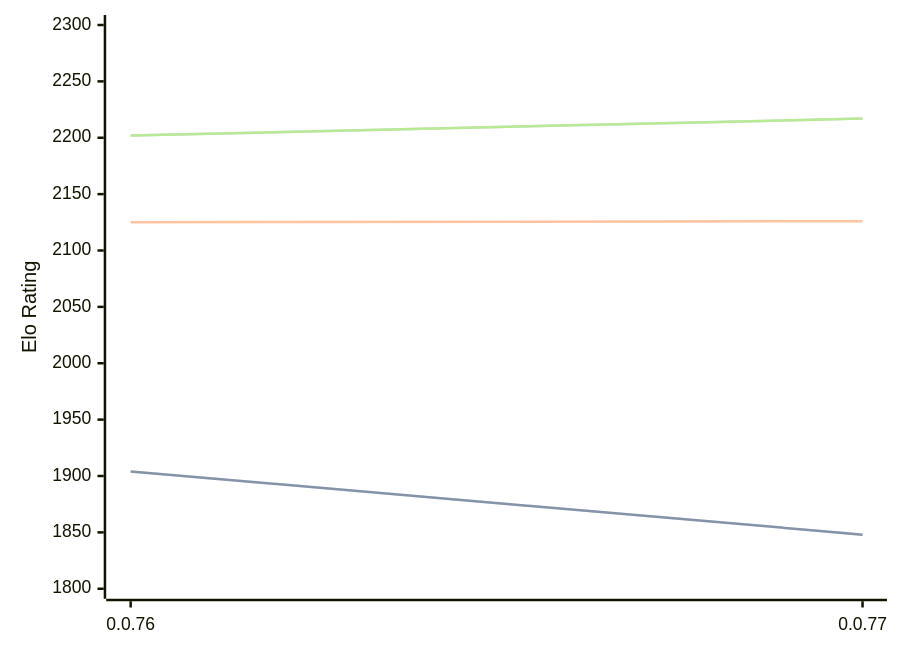
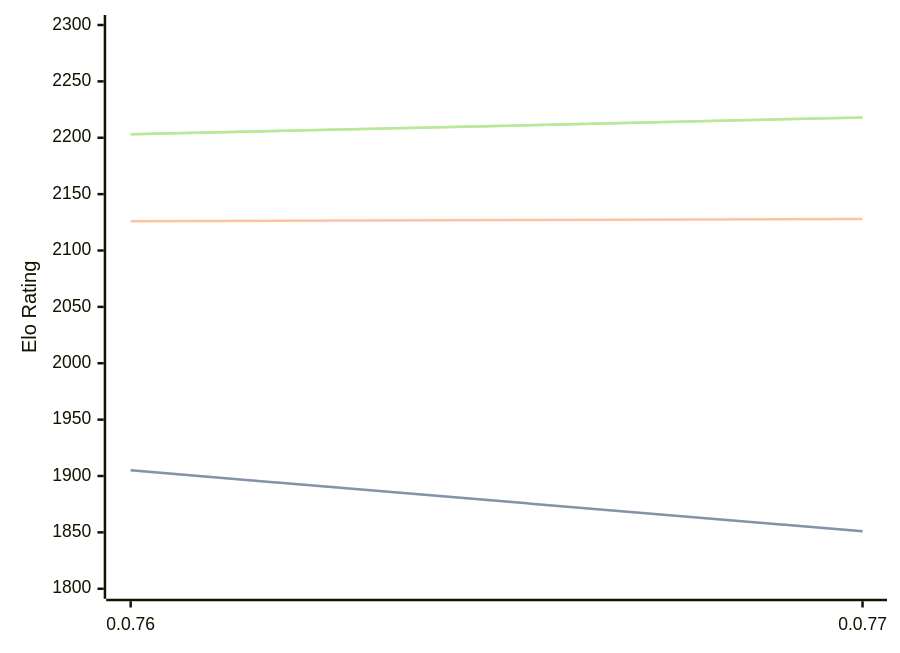
The diagram in engines/Fktb.md (computer-chess-index/cci), drawn with Mermaid before and after one commit. The commit also changed other lines of this file, not shown here.

Commit message:
Update CCI Ratings (ELO VLTC) - 2026-08-09

````diff
--- a/engines/Fktb.md
+++ b/engines/Fktb.md
@@ -32,11 +32,11 @@
 ```mermaid
 %%{init: {"theme":"base","themeVariables":{"seriesColors:['#a3a3a3','#222221','#faa371']}}}%%
 xychart-beta
   x-axis ["0.0.76", "0.0.77"]
   y-axis "Elo Rating" 1800 --> 2300
-  line "STC (8.0+0.08s)" [1904, 1848]
-  line "STC (8.0+0.08s)" [1904, 1848]
-  line "LTC (60.0+0.60s)" [2125, 2126]
-  line "VLTC (2m24s+1.12s)" [2202, 2217]
-  line "VLTC (2m24s+1.12s)" [2202, 2217]
+  line "STC (8.0+0.08s)" [1905, 1851]
+  line "STC (8.0+0.08s)" [1905, 1851]
+  line "LTC (60.0+0.60s)" [2126, 2128]
+  line "VLTC (2m24s+1.12s)" [2203, 2218]
+  line "VLTC (2m24s+1.12s)" [2203, 2218]
 ```
````
